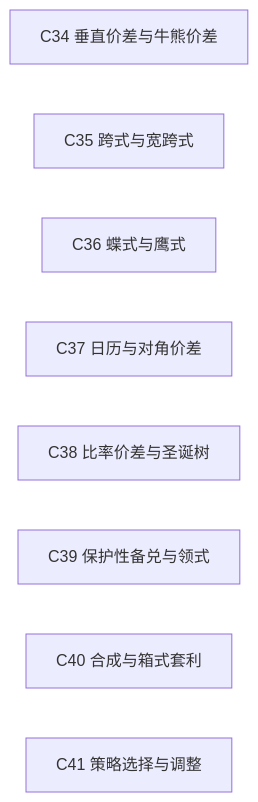
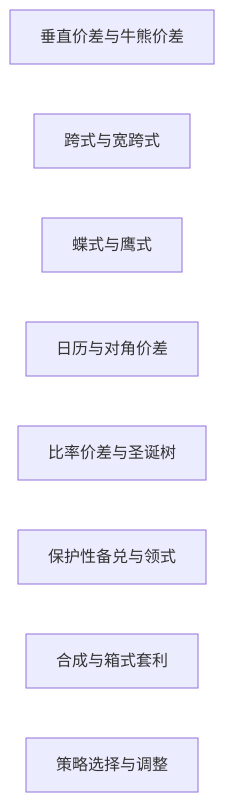
The diagram in Knowledge/Concepts/经济/金融/衍生品/期权/References/Option Volatility and Pricing 双语版/知识图谱/策略与风险形状.md (KIMMCHOW/MyKnowledge), drawn with Mermaid before and after one commit. The commit also changed other lines of this file and 53 other files, not shown here.

Commit message:
cleanup: 期权知识图谱内容去除序号并同步生成与审计脚本

````diff
--- a/Knowledge/Concepts/经济/金融/衍生品/期权/References/Option Volatility and Pricing 双语版/知识图谱/策略与风险形状.md
+++ b/Knowledge/Concepts/经济/金融/衍生品/期权/References/Option Volatility and Pricing 双语版/知识图谱/策略与风险形状.md
@@ -26,12 +26,12 @@
 ```mermaid
 flowchart LR
-    C34["C34 垂直价差与牛熊价差"]
-    C35["C35 跨式与宽跨式"]
-    C36["C36 蝶式与鹰式"]
-    C37["C37 日历与对角价差"]
-    C38["C38 比率价差与圣诞树"]
-    C39["C39 保护性备兑与领式"]
-    C40["C40 合成与箱式套利"]
-    C41["C41 策略选择与调整"]
+    VerticalBullandBearSpreads["垂直价差与牛熊价差"]
+    StraddlesandStrangles["跨式与宽跨式"]
+    ButterfliesandCondors["蝶式与鹰式"]
+    CalendarandDiagonalSpreads["日历与对角价差"]
+    RatioSpreadsandChristmasTrees["比率价差与圣诞树"]
+    ProtectiveOptionsCoveredWritesandCollars["保护性备兑与领式"]
+    SyntheticsBoxesandRolls["合成与箱式套利"]
+    StrategySelectionandAdjustment["策略选择与调整"]
     %% 本层概念主要通过下方跨层接口形成依赖。
 ```
````
